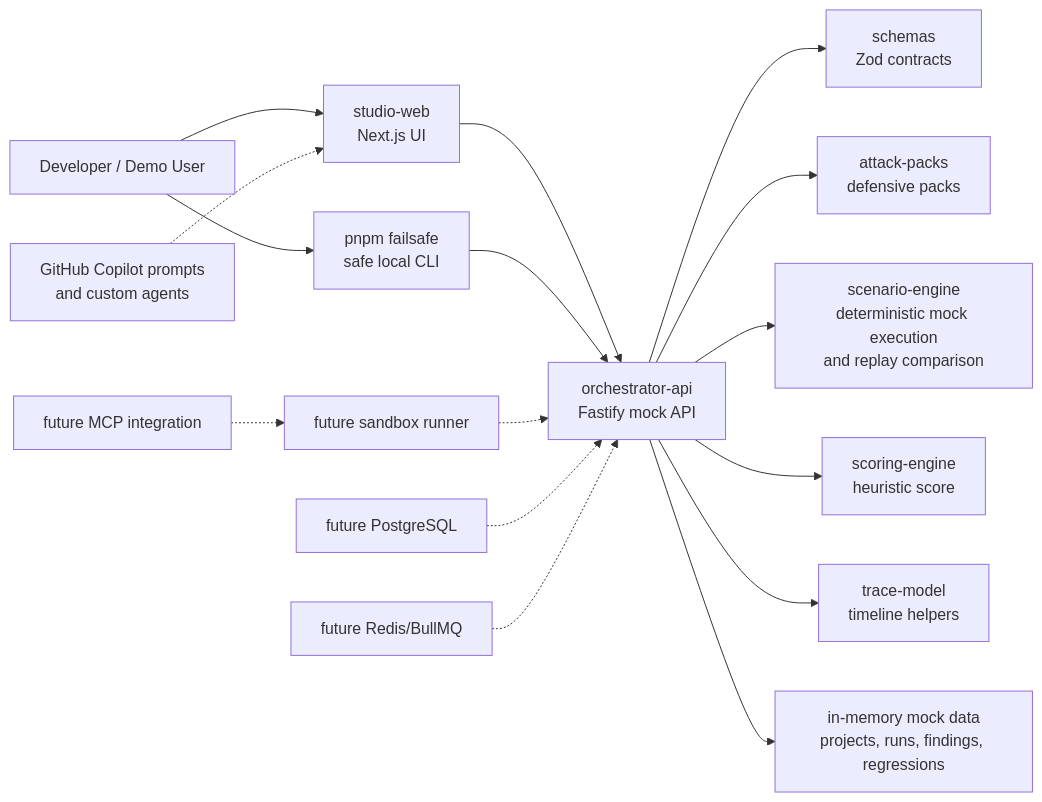
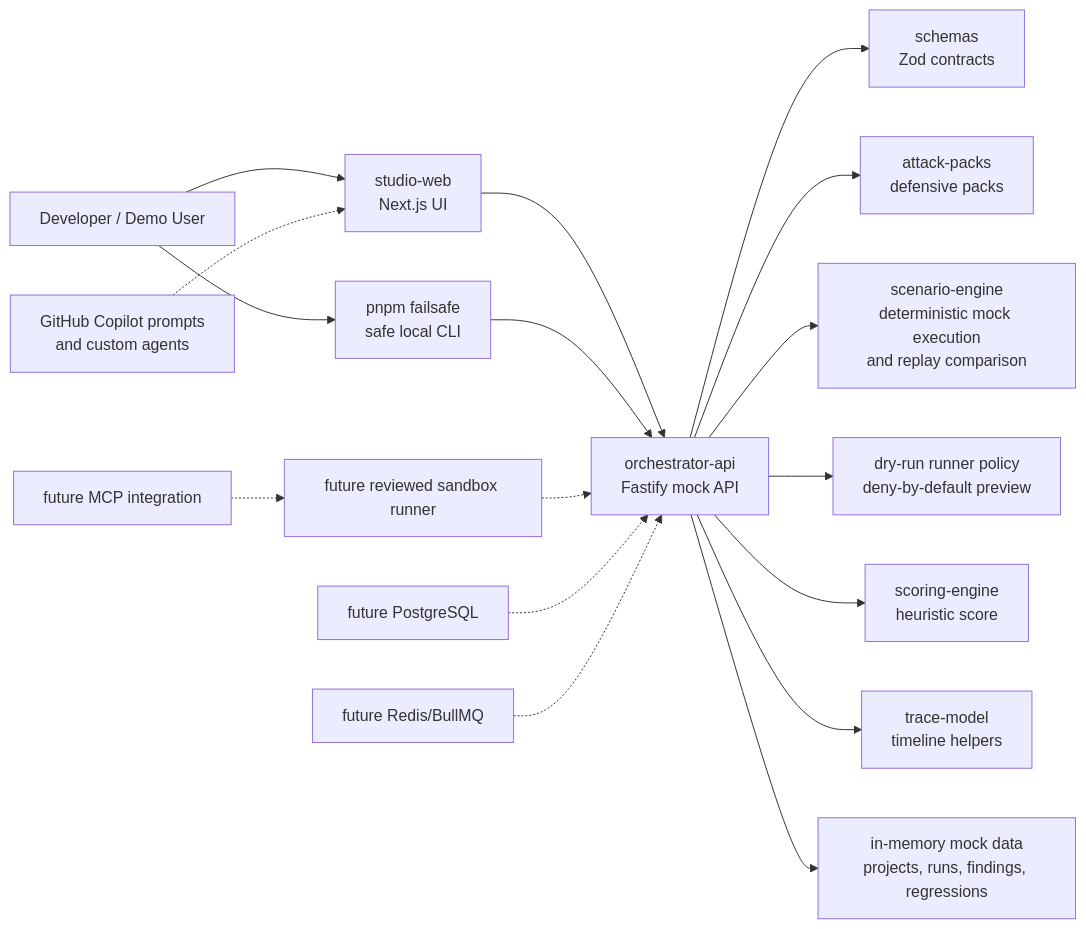
The diagram in docs/architecture.md (RandomEdge999/FailSafe), drawn with Mermaid before and after one commit. The commit also changed other lines of this file and 15 other files, not shown here.

Commit message:
feat: add dry-run runner policy contract

````diff
--- a/docs/architecture.md
+++ b/docs/architecture.md
@@ -7,18 +7,19 @@
 ```mermaid
 flowchart LR
   User["Developer / Demo User"] --> Studio["studio-web<br/>Next.js UI"]
   User --> CLI["pnpm failsafe<br/>safe local CLI"]
   Studio --> API["orchestrator-api<br/>Fastify mock API"]
   CLI --> API
   API --> Schemas["schemas<br/>Zod contracts"]
   API --> Packs["attack-packs<br/>defensive packs"]
   API --> ScenarioEngine["scenario-engine<br/>deterministic mock execution<br/>and replay comparison"]
+  API --> RunnerPolicy["dry-run runner policy<br/>deny-by-default preview"]
   API --> Scoring["scoring-engine<br/>heuristic score"]
   API --> Trace["trace-model<br/>timeline helpers"]
   API --> MockData["in-memory mock data<br/>projects, runs, findings, regressions"]
-  FutureRunner["future sandbox runner"] -.-> API
+  FutureRunner["future reviewed sandbox runner"] -.-> API
   FutureStore["future PostgreSQL"] -.-> API
   FutureQueue["future Redis/BullMQ"] -.-> API
   FutureMcp["future MCP integration"] -.-> FutureRunner
   Copilot["GitHub Copilot prompts<br/>and custom agents"] -.-> Studio
 ```
````
